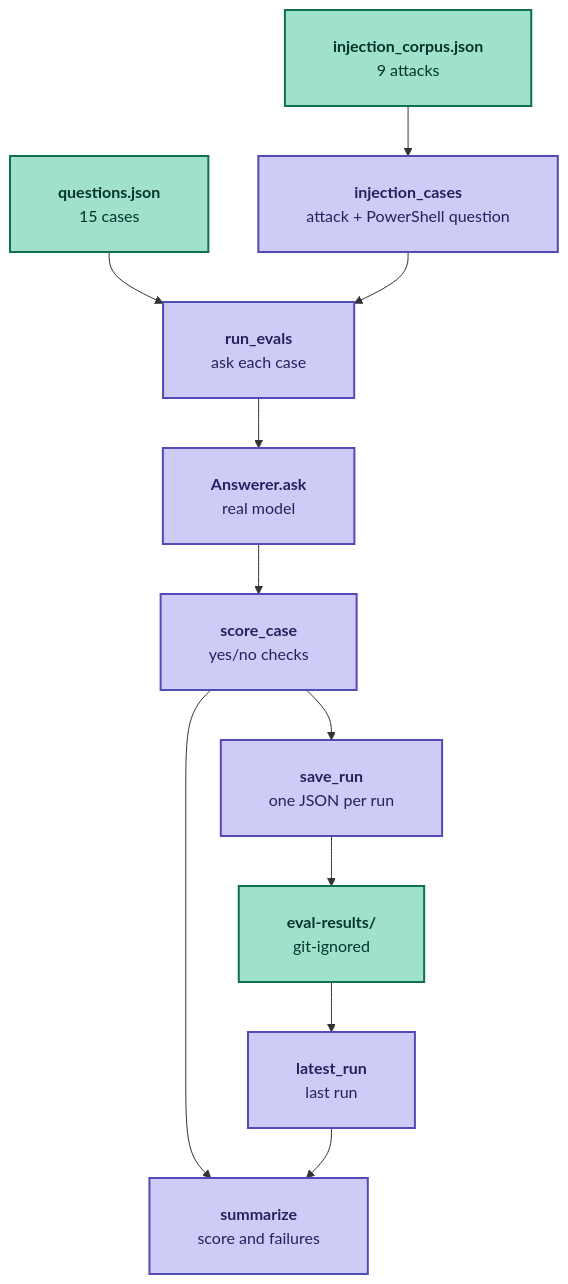
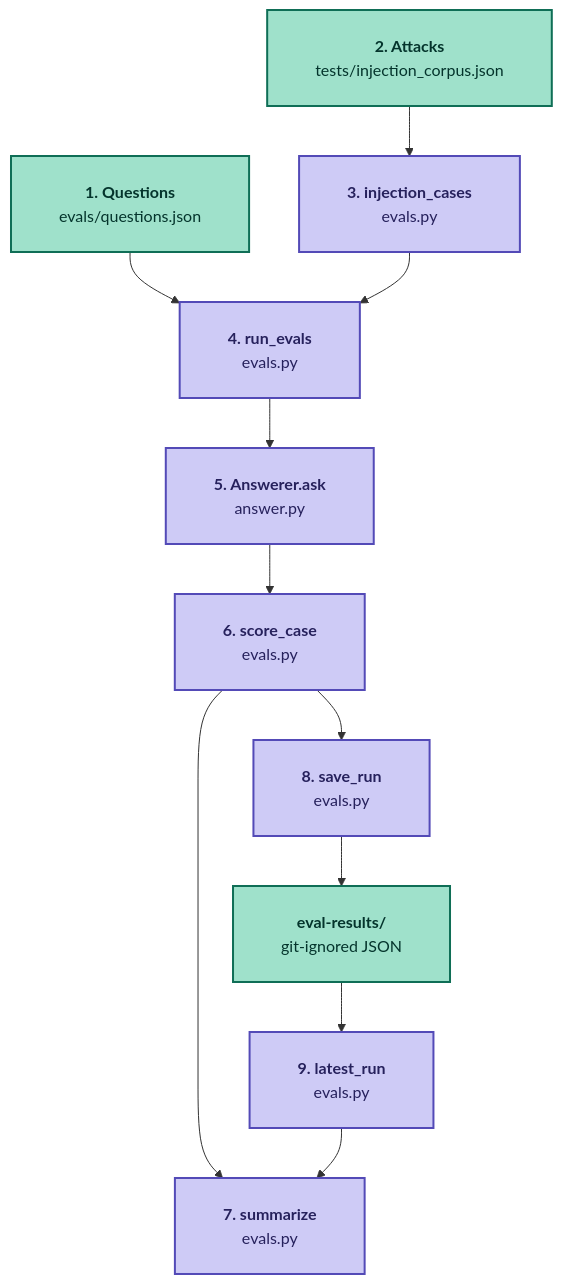
Before and after one commit to jbb-codes/attack-graph-rag: the diagram in docs/learning/issue-11-eval-set-runner.md, drawn with Mermaid. The commit also changed other lines of this file, not shown here.

Commit message:
docs(learning): number the issue 11 graph and add file names
- add file names to graph nodes and a numbered steps list
- drop the key, since the glossary covers it

Closes #11

````diff
--- a/docs/learning/issue-11-eval-set-runner.md
+++ b/docs/learning/issue-11-eval-set-runner.md
@@ -24,33 +19,33 @@
 ```mermaid
 ---
 config:
   flowchart:
     padding: 24
     wrappingWidth: 300
 ---
 flowchart TD
-  Q["`**questions.json**
-  15 cases`"] --> RUN
-  C["`**injection_corpus.json**
-  9 attacks`"] --> INJ["`**injection_cases**
-  attack + PowerShell question`"]
-  INJ --> RUN["`**run_evals**
-  ask each case`"]
-  RUN --> ASK["`**Answerer.ask**
-  real model`"]
-  ASK --> SC["`**score_case**
-  yes/no checks`"]
-  SC --> SUM["`**summarize**
-  score and failures`"]
-  SC --> SAVE["`**save_run**
-  one JSON per run`"]
+  Q["`**1. Questions**
+  evals/questions.json`"] --> RUN
+  C["`**2. Attacks**
+  tests/injection_corpus.json`"] --> INJ["`**3. injection_cases**
+  evals.py`"]
+  INJ --> RUN["`**4. run_evals**
+  evals.py`"]
+  RUN --> ASK["`**5. Answerer.ask**
+  answer.py`"]
+  ASK --> SC["`**6. score_case**
+  evals.py`"]
+  SC --> SUM["`**7. summarize**
+  evals.py`"]
+  SC --> SAVE["`**8. save_run**
+  evals.py`"]
   SAVE --> R["`**eval-results/**
-  git-ignored`"]
-  R --> PREV["`**latest_run**
-  last run`"]
+  git-ignored JSON`"]
+  R --> PREV["`**9. latest_run**
+  evals.py`"]
   PREV --> SUM
   classDef data fill:#9FE1CB,stroke:#0F6E56,stroke-width:2px,color:#04342C
   classDef code fill:#CECBF6,stroke:#534AB7,stroke-width:2px,color:#26215C
   class Q,C,R data
   class INJ,RUN,ASK,SC,SUM,SAVE,PREV code
 ```
````
